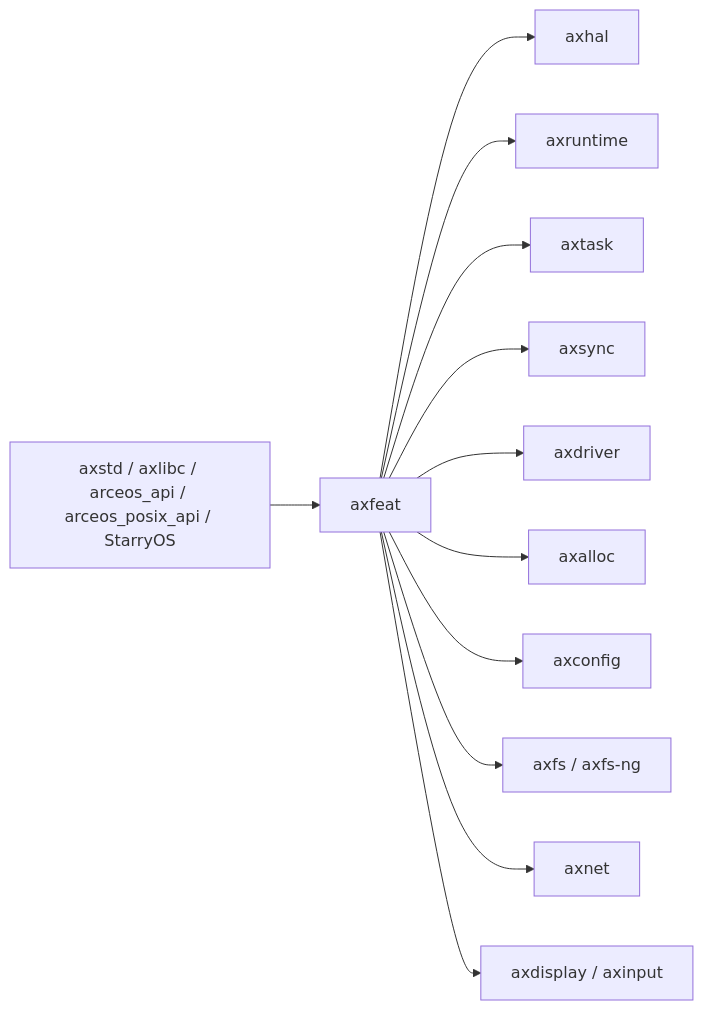
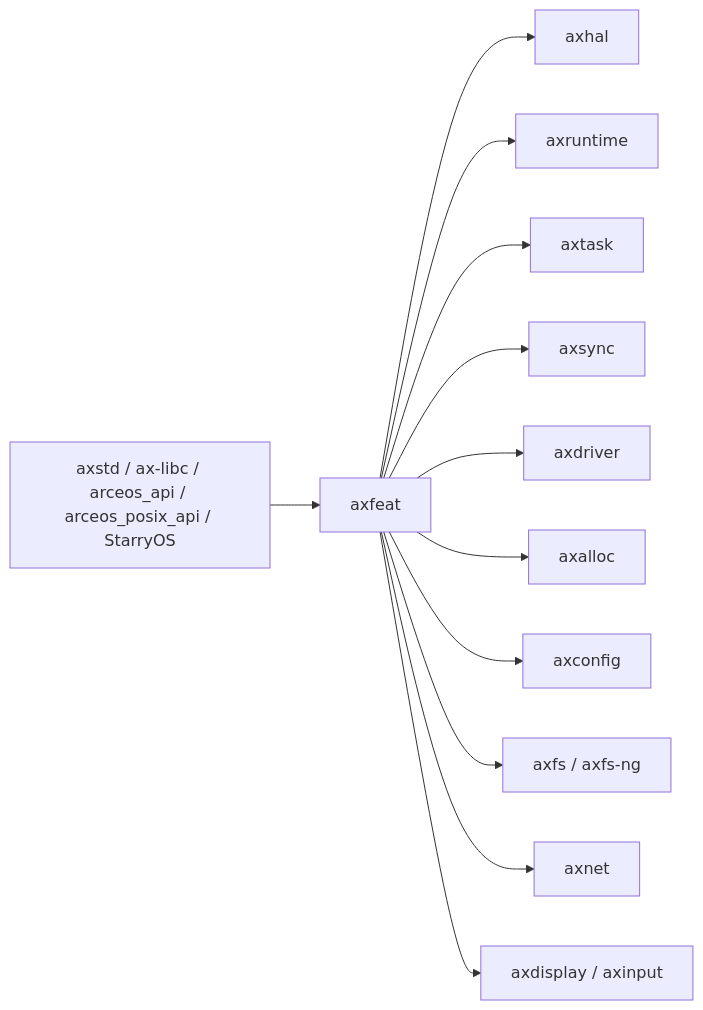
The first of 2 diagrams in docs/crates/axfeat.md (zKurisu/tgoskits), drawn with Mermaid before and after one commit. The commit also changed other lines of this file and 45 other files, not shown here.

Commit message:
rename axlibc to ax-libc and complete doc migration

````diff
--- a/docs/crates/axfeat.md
+++ b/docs/crates/axfeat.md
@@ -24,14 +24,14 @@
 ```mermaid
 flowchart LR
-    Top["axstd / axlibc / arceos_api / arceos_posix_api / StarryOS"] --> F["axfeat"]
+    Top["axstd / ax-libc / arceos_api / arceos_posix_api / StarryOS"] --> F["axfeat"]
     F --> HAL["axhal"]
     F --> RT["axruntime"]
     F --> TASK["axtask"]
     F --> SYNC["axsync"]
     F --> DRIVER["axdriver"]
     F --> ALLOC["axalloc"]
     F --> CFG["axconfig"]
     F --> FS["axfs / axfs-ng"]
     F --> NET["axnet"]
     F --> DISP["axdisplay / axinput"]
 ```
````
